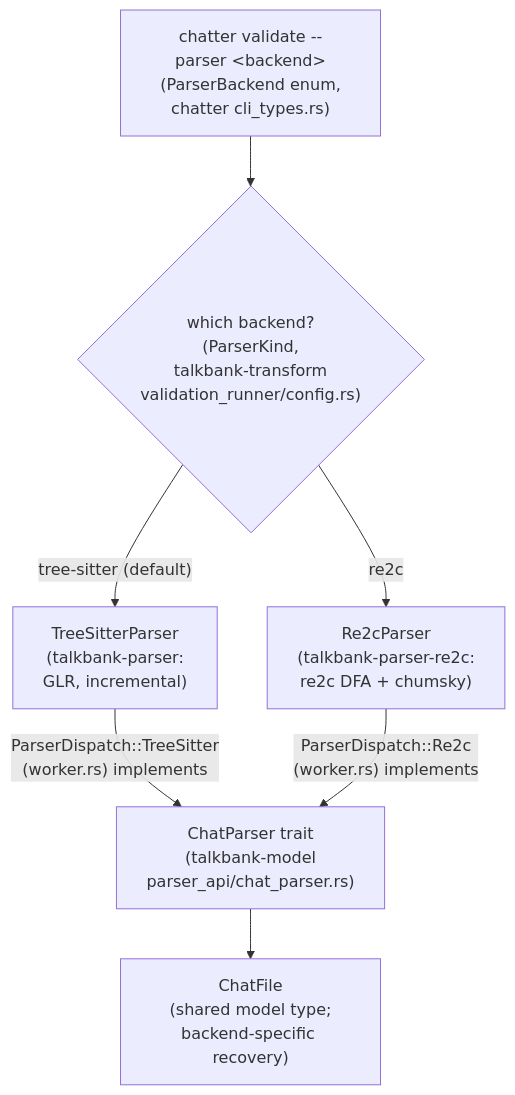
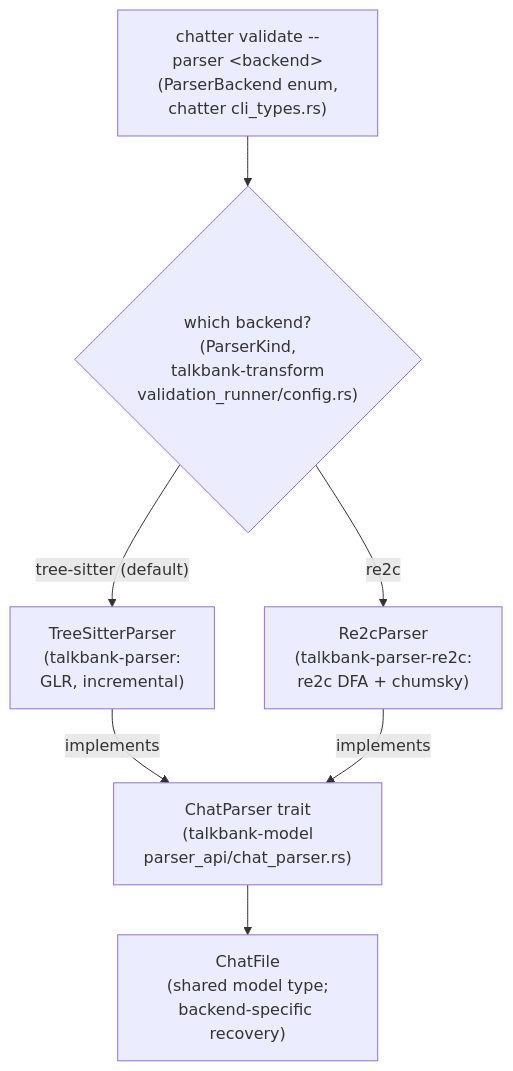
The first of 2 diagrams in book/src/architecture/parser-backends.md (TalkBank/chatter), drawn with Mermaid before and after one commit. The commit also changed other lines of this file and 950 other files, not shown here.

````diff
--- a/book/src/architecture/parser-backends.md
+++ b/book/src/architecture/parser-backends.md
@@ -14,16 +14,16 @@
 ```mermaid
 flowchart TD
     cli["chatter validate --parser &lt;backend&gt;\n(ParserBackend enum,\nchatter cli_types.rs)"]
     sel{"which backend?\n(ParserKind,\ntalkbank-transform\nvalidation_runner/config.rs)"}
     ts["TreeSitterParser\n(talkbank-parser:\nGLR, incremental)"]
     re2c["Re2cParser\n(talkbank-parser-re2c:\nre2c DFA + chumsky)"]
     trait["ChatParser trait\n(talkbank-model\nparser_api/chat_parser.rs)"]
     model["ChatFile\n(shared model type;\nbackend-specific recovery)"]
 
     cli --> sel
     sel -->|"tree-sitter (default)"| ts
     sel -->|"re2c"| re2c
-    ts -->|"ParserDispatch::TreeSitter\n(worker.rs) implements"| trait
-    re2c -->|"ParserDispatch::Re2c\n(worker.rs) implements"| trait
+    ts -->|"implements"| trait
+    re2c -->|"implements"| trait
     trait --> model
 ```
````
